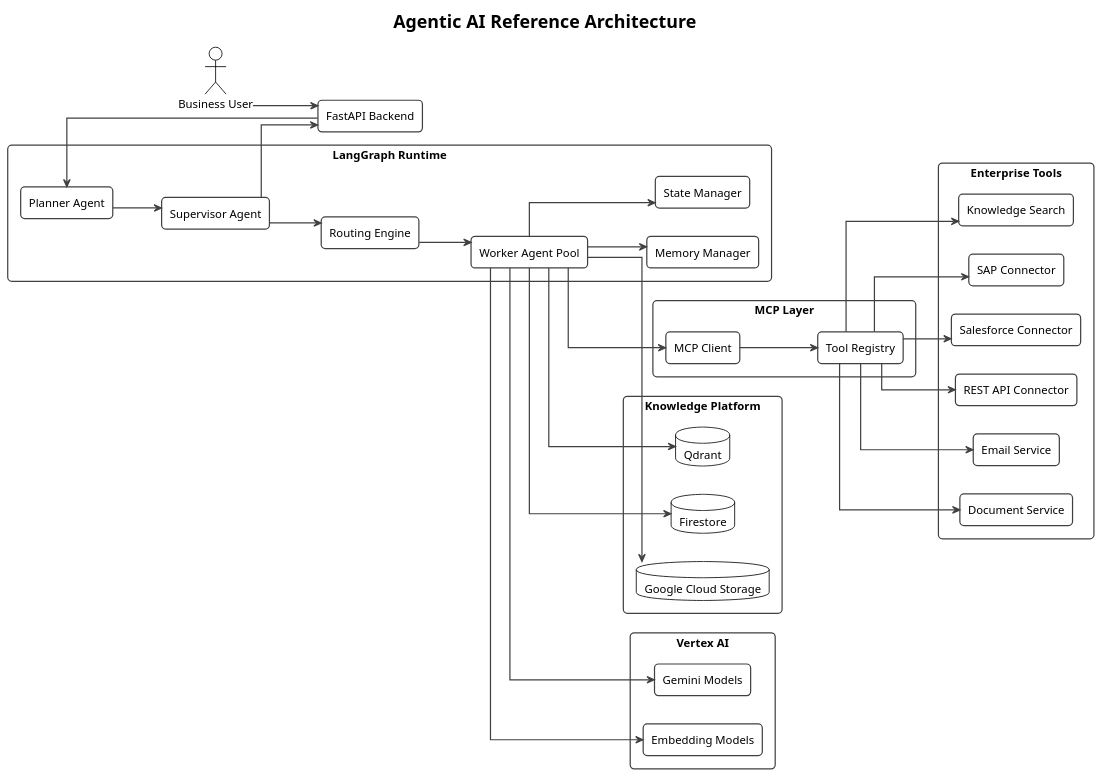
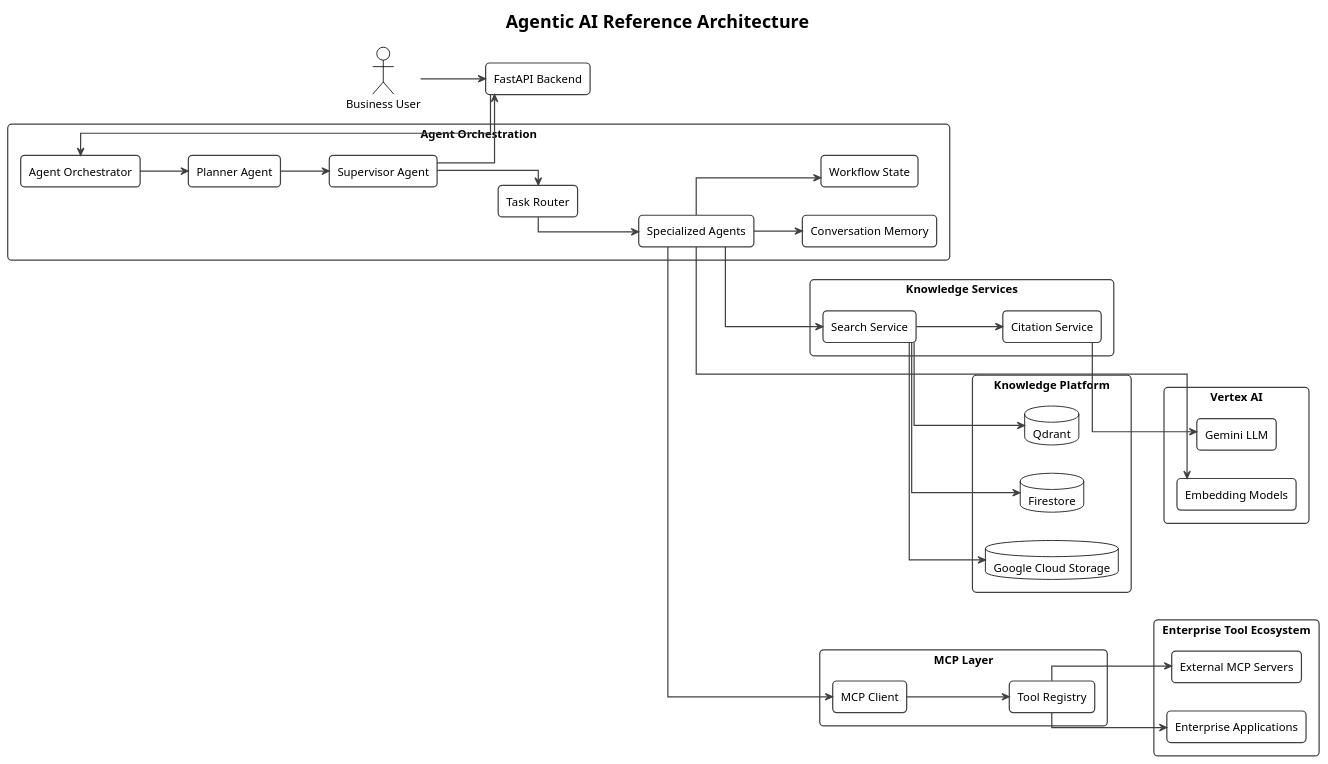
One commit to pjagdaley/enterprise-ai-orchestration-platform changed the diagram in docs/diagrams/ai/02-agentic-ai-reference-architecture.puml. Above: the diagram before and after it, drawn with PlantUML. The commit also changed 209 other files, not shown here.

Commit message:
Version-1 Architecture

```diff
--- a/docs/diagrams/ai/02-agentic-ai-reference-architecture.puml
+++ b/docs/diagrams/ai/02-agentic-ai-reference-architecture.puml
@@ -1,132 +1,169 @@
 @startuml
+
+'==============================================================================
+' Enterprise AI Orchestration Platform
+' Agentic AI Reference Architecture
+'==============================================================================
+
+!theme plain
 
 title Enterprise AI Orchestration Platform
 title Agentic AI Reference Architecture
-
-!theme plain
 
 left to right direction
 
 skinparam backgroundColor white
 skinparam shadowing false
 skinparam linetype ortho
 skinparam packageStyle rectangle
 
 skinparam defaultFontName Segoe UI
 skinparam defaultFontSize 14
 
 skinparam RectangleBorderColor #404040
 skinparam RectangleBorderThickness 1.5
 skinparam RectangleRoundCorner 10
 
 skinparam PackageBorderColor #404040
 skinparam PackageBorderThickness 2
 
 skinparam ArrowThickness 1.5
 skinparam ArrowColor #404040
 
+'==============================================================================
+' USER
+'==============================================================================
+
 actor "Business User" as User
 
 rectangle "FastAPI Backend" as API
 
-package "LangGraph Runtime" {
+'==============================================================================
+' AGENT ORCHESTRATION
+'==============================================================================
+
+package "Agent Orchestration" {
+
+rectangle "Agent Orchestrator" as Orchestrator
 
 rectangle "Planner Agent" as Planner
 
 rectangle "Supervisor Agent" as Supervisor
 
-rectangle "Worker Agent Pool" as Workers
+rectangle "Task Router" as Router
 
-rectangle "Memory Manager" as Memory
+rectangle "Specialized Agents" as Agents
 
-rectangle "Routing Engine" as Router
+rectangle "Conversation Memory" as Memory
 
-rectangle "State Manager" as State
+rectangle "Workflow State" as State
 
 }
+
+'==============================================================================
+' KNOWLEDGE SERVICES
+'==============================================================================
+
+package "Knowledge Services" {
+
+rectangle "Search Service" as Search
+
+rectangle "Citation Service" as Citation
+
+}
+
+'==============================================================================
+' MCP
+'==============================================================================
 
 package "MCP Layer" {
 
 rectangle "MCP Client" as MCP
 
 rectangle "Tool Registry" as Registry
 
 }
 
-package "Enterprise Tools" {
+'==============================================================================
+' TOOL ECOSYSTEM
+'==============================================================================
 
-rectangle "Knowledge Search" as KnowledgeSearch
+package "Enterprise Tool Ecosystem" {
 
-rectangle "SAP Connector" as SAP
+rectangle "External MCP Servers" as MCPServers
 
-rectangle "Salesforce Connector" as Salesforce
-
-rectangle "REST API Connector" as RestAPI
-
-rectangle "Email Service" as Email
-
-rectangle "Document Service" as Documents
+rectangle "Enterprise Applications" as EnterpriseApps
 
 }
+
+'==============================================================================
+' KNOWLEDGE PLATFORM
+'==============================================================================
 
 package "Knowledge Platform" {
 
 database "Qdrant" as Qdrant
 
 database "Firestore" as Firestore
 
 database "Google Cloud Storage" as GCS
 
 }
 
+'==============================================================================
+' VERTEX AI
+'==============================================================================
+
 package "Vertex AI" {
 
-rectangle "Gemini Models" as Gemini
+rectangle "Gemini LLM" as Gemini
 
 rectangle "Embedding Models" as Embeddings
 
 }
 
+'==============================================================================
+' FLOW
+'==============================================================================
+
 User --> API
 
-API --> Planner
+API --> Orchestrator
+
+Orchestrator --> Planner
 
 Planner --> Supervisor
 
 Supervisor --> Router
 
-Router --> Workers
+Router --> Agents
 
-Workers --> Memory
+Agents --> Memory
 
-Workers --> State
+Agents --> State
 
-Workers --> MCP
+Agents --> Search
+
+Search --> Qdrant
+
+Search --> Firestore
+
+Search --> GCS
+
+Search --> Citation
+
+Citation --> Gemini
+
+Agents --> Embeddings
+
+Agents --> MCP
 
 MCP --> Registry
 
-Registry --> KnowledgeSearch
+Registry --> MCPServers
 
-Registry --> SAP
-
-Registry --> Salesforce
-
-Registry --> RestAPI
-
-Registry --> Email
-
-Registry --> Documents
-
-Workers --> Embeddings
-
-Workers --> Gemini
-
-Workers --> Qdrant
-
-Workers --> Firestore
-
-Workers --> GCS
+Registry --> EnterpriseApps
 
 Supervisor --> API
 
 @enduml
```
